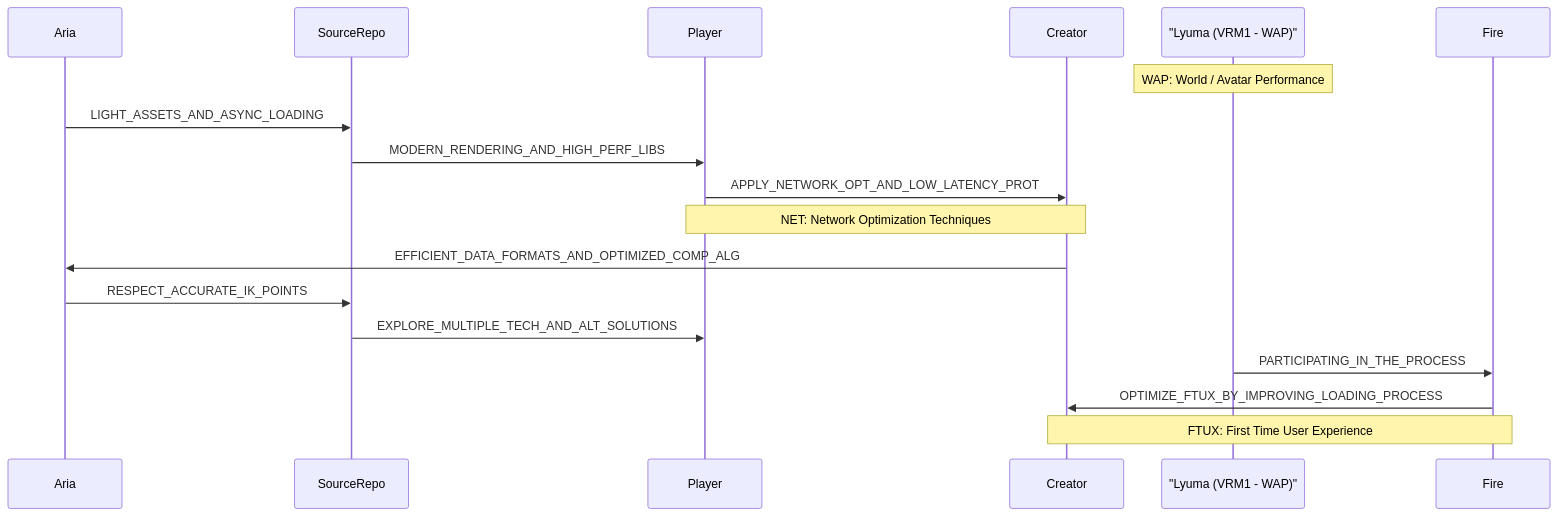
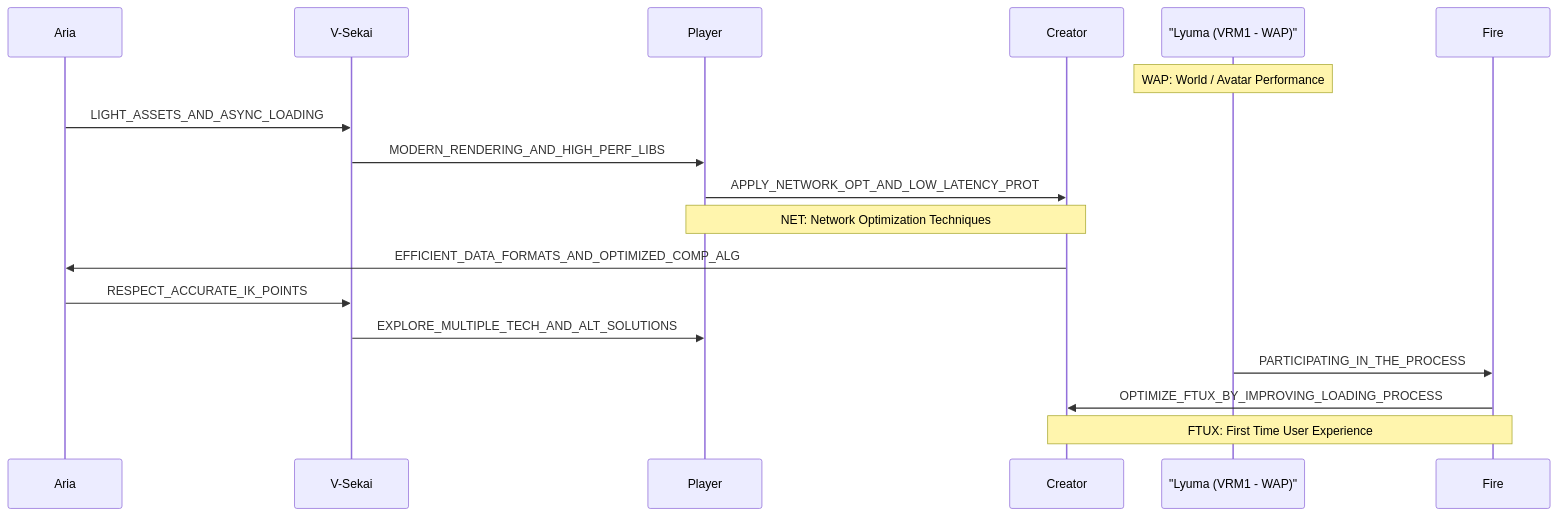
One commit to V-Sekai/manuals changed the diagram in decisions/20230618-v-sekai-roadmap.md. Above: the diagram before and after it, drawn with Mermaid.

Commit message:
Treat V-Sekai as a participant.

````diff
--- a/decisions/20230618-v-sekai-roadmap.md
+++ b/decisions/20230618-v-sekai-roadmap.md
@@ -23,25 +23,25 @@
 ```mermaid
 sequenceDiagram
     participant Aria
-    participant SourceRepo
+    participant V-Sekai
     participant Player
     participant Creator
     participant Lyuma as "Lyuma (VRM1 - WAP)"
     participant Fire
 
     Note over Lyuma: WAP: World / Avatar Performance
 
-    Aria->>SourceRepo: LIGHT_ASSETS_AND_ASYNC_LOADING
-    SourceRepo->>Player: MODERN_RENDERING_AND_HIGH_PERF_LIBS
+    Aria->>V-Sekai: LIGHT_ASSETS_AND_ASYNC_LOADING
+    V-Sekai->>Player: MODERN_RENDERING_AND_HIGH_PERF_LIBS
     Player->>Creator: APPLY_NETWORK_OPT_AND_LOW_LATENCY_PROT
 
     Note over Player, Creator: NET: Network Optimization Techniques
 
     Creator->>Aria: EFFICIENT_DATA_FORMATS_AND_OPTIMIZED_COMP_ALG
-    Aria->>SourceRepo: RESPECT_ACCURATE_IK_POINTS
-    SourceRepo->>Player: EXPLORE_MULTIPLE_TECH_AND_ALT_SOLUTIONS
+    Aria->>V-Sekai: RESPECT_ACCURATE_IK_POINTS
+    V-Sekai->>Player: EXPLORE_MULTIPLE_TECH_AND_ALT_SOLUTIONS
     Lyuma->>Fire: PARTICIPATING_IN_THE_PROCESS
     Fire->>Creator: OPTIMIZE_FTUX_BY_IMPROVING_LOADING_PROCESS
 
     Note over Fire, Creator: FTUX: First Time User Experience
 ```
````
